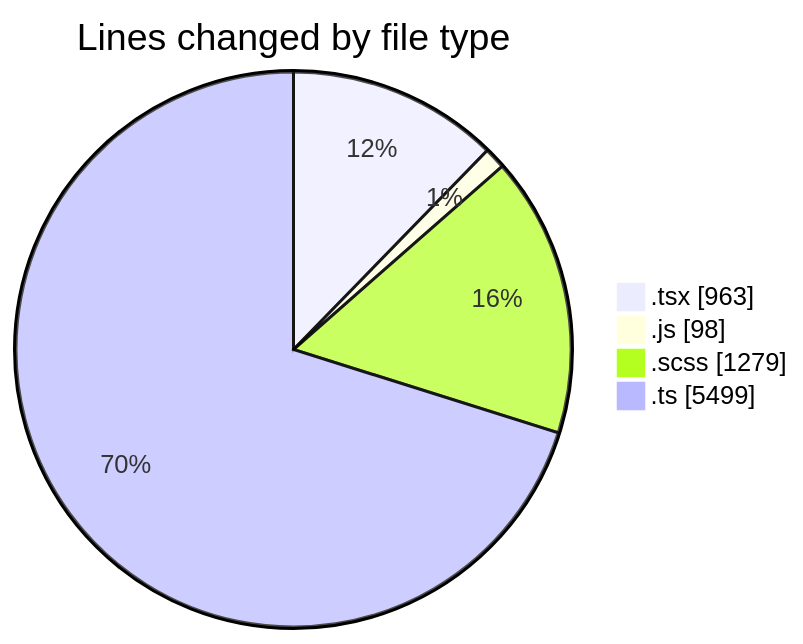
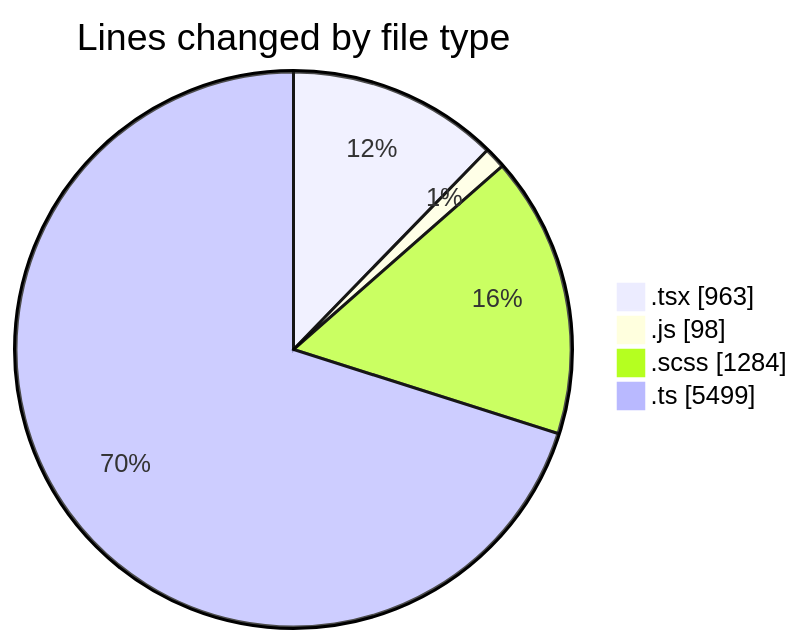
One commit to momahboobian/code-tracking changed the first of 2 diagrams in 2025-03-31/cda/README.md. Above: the diagram before and after it, drawn with Mermaid. The commit also changed other lines of this file and 1 other file, not shown here.

````diff
--- a/2025-03-31/cda/README.md
+++ b/2025-03-31/cda/README.md
@@ -39,8 +39,8 @@
 ```mermaid
 pie showData
 title Lines changed by file type
 ".tsx" : 963
 ".js" : 98
-".scss" : 1279
+".scss" : 1284
 ".ts" : 5499
 ```
````
